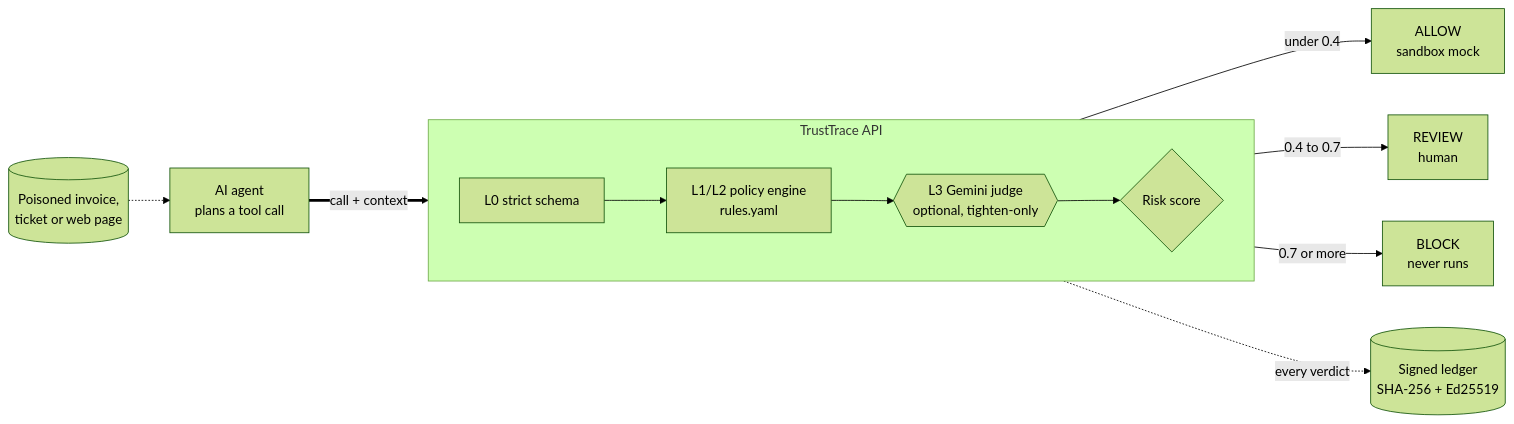
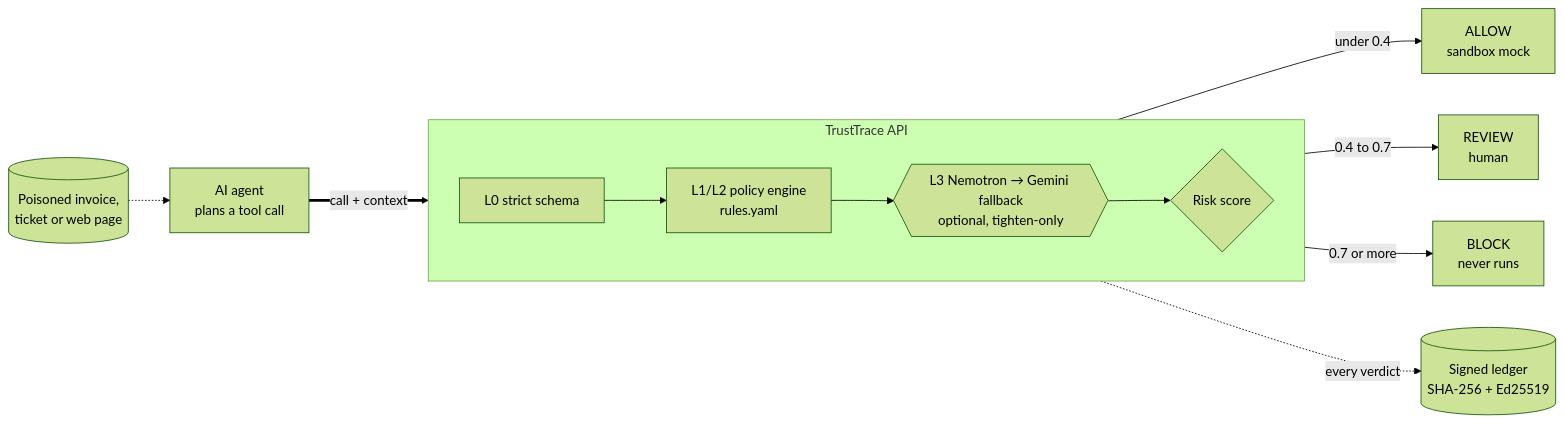
One commit to AbubakarOrakzai/TrustTrace-AI changed the diagram in docs/diagrams/architecture-deck.mmd. Above: the diagram before and after it, drawn with Mermaid (forest theme). The commit also changed 16 other files, not shown here.

Commit message:
Add Nebius-first model fallback and judge UX

```diff
--- a/docs/diagrams/architecture-deck.mmd
+++ b/docs/diagrams/architecture-deck.mmd
@@ -1,11 +1,11 @@
 flowchart LR
   src[("Poisoned invoice,<br/>ticket or web page")] -.-> llm["AI agent<br/>plans a tool call"]
   llm == "call + context" ==> schema["L0 strict schema"]
   subgraph TT["TrustTrace API"]
     direction LR
-    schema --> policy["L1/L2 policy engine<br/>rules.yaml"] --> judge{{"L3 Gemini judge<br/>optional, tighten-only"}} --> decide{"Risk score"}
+    schema --> policy["L1/L2 policy engine<br/>rules.yaml"] --> judge{{"L3 Nemotron → Gemini fallback<br/>optional, tighten-only"}} --> decide{"Risk score"}
   end
   decide -- "under 0.4" --> allow["ALLOW<br/>sandbox mock"]
   decide -- "0.4 to 0.7" --> review["REVIEW<br/>human"]
   decide -- "0.7 or more" --> block["BLOCK<br/>never runs"]
   decide -. "every verdict" .-> ledger[("Signed ledger<br/>SHA-256 + Ed25519")]
```
